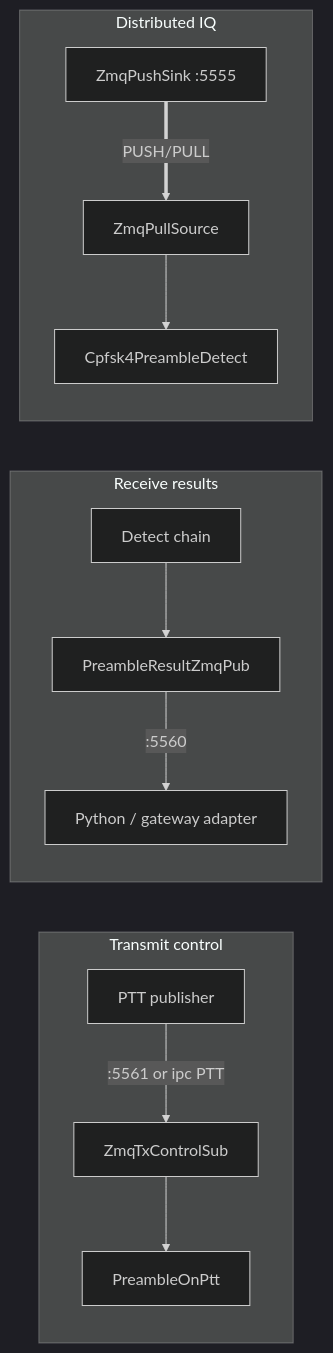
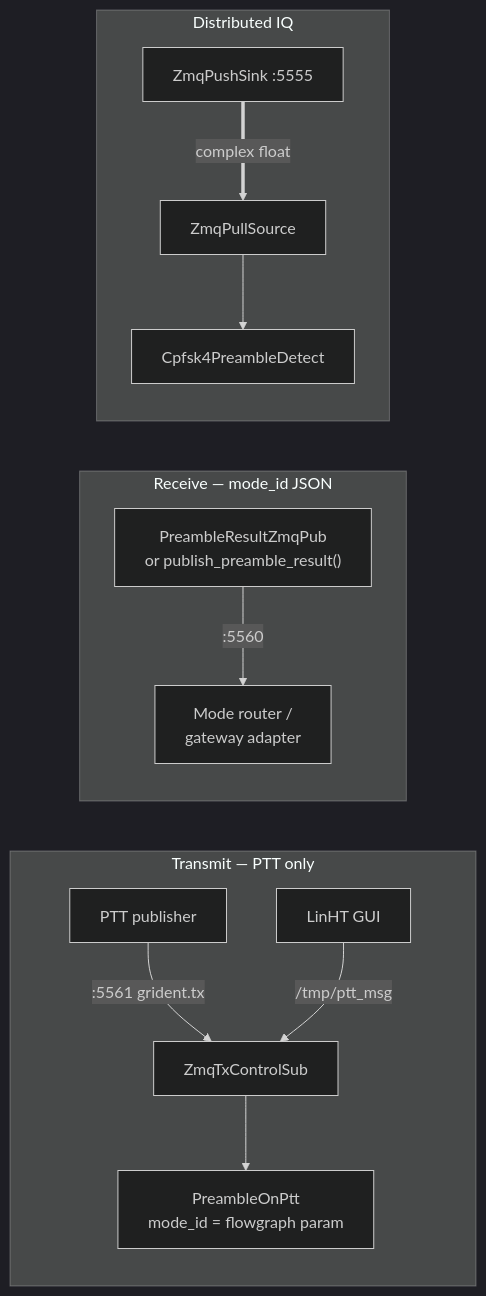
The tenth of 11 diagrams in docs/port-diagrams.md (Supermagnum/gr-ident), drawn with Mermaid (dark theme) before and after one commit. The commit also changed other lines of this file and 1 other file, not shown here.

First line of the commit message:
Update port diagrams for ZMQ mode control and repeater wiring.

````diff
--- a/docs/port-diagrams.md
+++ b/docs/port-diagrams.md
@@ -232,17 +260,17 @@
 ```mermaid
 flowchart LR
-  subgraph tx["Transmit control"]
-    ClientA["PTT publisher"] -->|":5561 or ipc PTT"| Sub["ZmqTxControlSub"]
-    Sub --> PTT["PreambleOnPtt"]
+  subgraph tx["Transmit — PTT only"]
+    ClientA["PTT publisher"] -->|":5561 grident.tx"| Sub["ZmqTxControlSub"]
+    LinHT["LinHT GUI"] -->|"/tmp/ptt_msg"| Sub
+    Sub --> PTT["PreambleOnPtt\nmode_id = flowgraph param"]
   end
 
-  subgraph rx["Receive results"]
-    Det["Detect chain"] --> Pub["PreambleResultZmqPub"]
-    Pub -->|":5560"| SubJSON["Python / gateway adapter"]
+  subgraph rx["Receive — mode_id JSON"]
+    Pub["PreambleResultZmqPub\nor publish_preamble_result()"] -->|":5560"| Router["Mode router /\ngateway adapter"]
   end
 
   subgraph iq["Distributed IQ"]
-    Push["ZmqPushSink :5555"] ==>|PUSH/PULL| Pull["ZmqPullSource"]
+    Push["ZmqPushSink :5555"] ==>|"complex float"| Pull["ZmqPullSource"]
     Pull --> Det2["Cpfsk4PreambleDetect"]
   end
 ```
````
